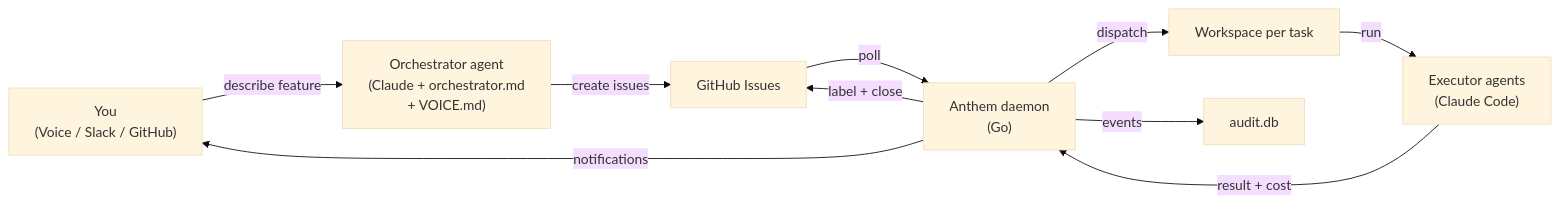
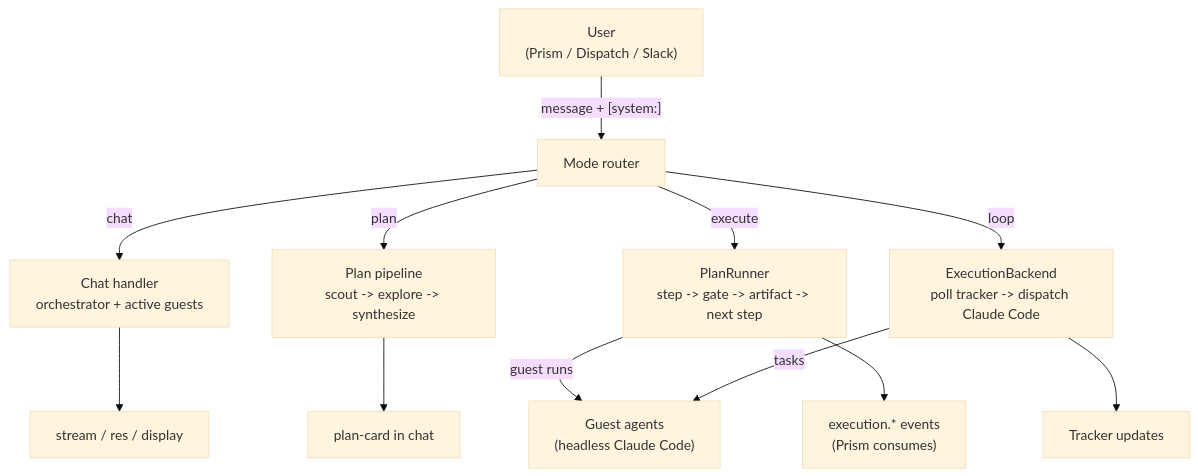
One commit to rauriemo/anthem changed the diagram in README.md. Above: the diagram before and after it, drawn with Mermaid (base theme). The commit also changed other lines of this file and 37 other files, not shown here.

First line of the commit message:
refactor(modes): split runtime into Chat/Plan/Execute/Loop first-class modes

````diff
--- a/README.md
+++ b/README.md
@@ -58,12 +63,14 @@
 ```mermaid
-flowchart LR
-  U["You\n(Voice / Slack / GitHub)"] -->|describe feature| OA["Orchestrator agent\n(Claude + orchestrator.md\n+ VOICE.md)"]
-  OA -->|create issues| GH["GitHub Issues"]
-  GH -->|poll| D["Anthem daemon\n(Go)"]
-  D -->|dispatch| W[Workspace per task]
-  W -->|run| EA["Executor agents\n(Claude Code)"]
-  EA -->|"result + cost"| D
-  D -->|"label + close"| GH
-  D -->|events| AUD["audit.db"]
-  D -->|notifications| U
+flowchart TD
+  User["User\n(Prism / Dispatch / Slack)"] -->|"message + [system:<mode>]"| Router["Mode router"]
+  Router -->|chat| Chat["Chat handler\norchestrator + active guests"]
+  Router -->|plan| Plan["Plan pipeline\nscout -> explore -> synthesize"]
+  Router -->|execute| Exec["PlanRunner\nstep -> gate -> artifact -> next step"]
+  Router -->|loop| Loop["ExecutionBackend\npoll tracker -> dispatch Claude Code"]
+  Exec -->|guest runs| Guests["Guest agents\n(headless Claude Code)"]
+  Loop -->|tasks| Guests
+  Chat --> Stream["stream / res / display"]
+  Plan --> Card["plan-card in chat"]
+  Exec --> Events["execution.* events\n(Prism consumes)"]
+  Loop --> Tracker["Tracker updates"]
 ```
````
